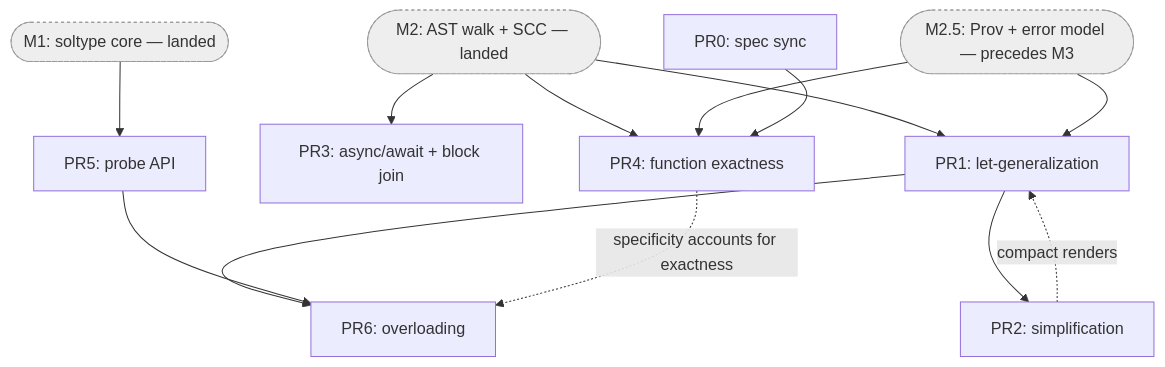
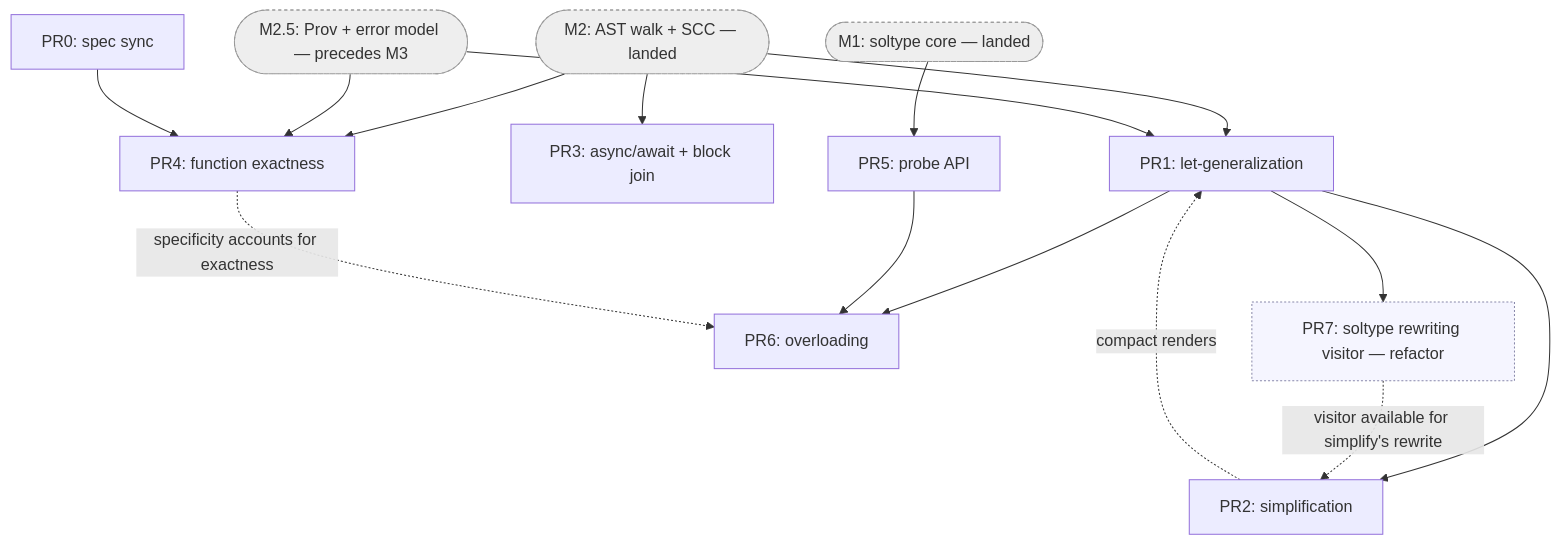
One commit to escalier-lang/escalier changed the diagram in planning/simple_sub/m3-implementation-plan.md. Above: the diagram before and after it, drawn with Mermaid. The commit also changed other lines of this file and 2 other files, not shown here.

````diff
--- a/planning/simple_sub/m3-implementation-plan.md
+++ b/planning/simple_sub/m3-implementation-plan.md
@@ -112,29 +116,34 @@
 ```mermaid
 flowchart TD
     M1([M1: soltype core — landed]):::prereq
     M2([M2: AST walk + SCC — landed]):::prereq
     M25([M2.5: Prov + error model — precedes M3]):::prereq
 
     PR0[PR0: spec sync]
     PR1[PR1: let-generalization]
     PR2[PR2: simplification]
     PR3[PR3: async/await + block join]
     PR4[PR4: function exactness]
     PR5[PR5: probe API]
     PR6[PR6: overloading]
+    PR7[PR7: soltype rewriting visitor — refactor]
 
     M2 --> PR1
     M25 --> PR1
     M2 --> PR3
     M2 --> PR4
     M25 --> PR4
     M1 --> PR5
     PR0 --> PR4
     PR1 --> PR2
     PR1 --> PR6
     PR5 --> PR6
+    PR1 --> PR7
     PR2 -. compact renders .-> PR1
     PR4 -. specificity accounts for exactness .-> PR6
+    PR7 -. visitor available for simplify's rewrite .-> PR2
 
     classDef prereq fill:#eee,stroke:#999,stroke-dasharray:3 3;
+    classDef refactor fill:#f5f5ff,stroke:#88a,stroke-dasharray:2 2;
+    class PR7 refactor;
 ```
````
